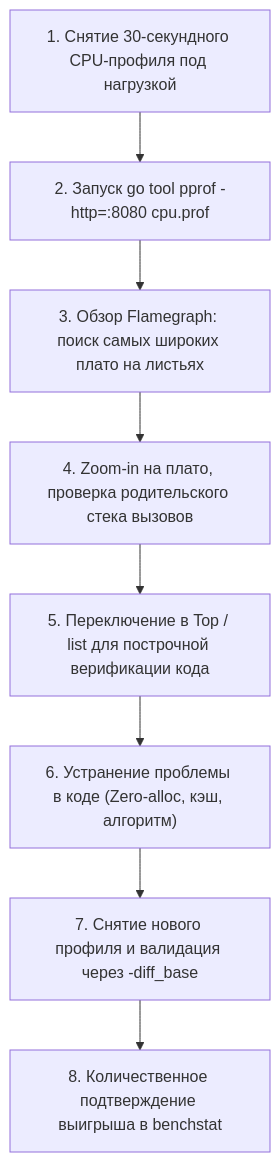
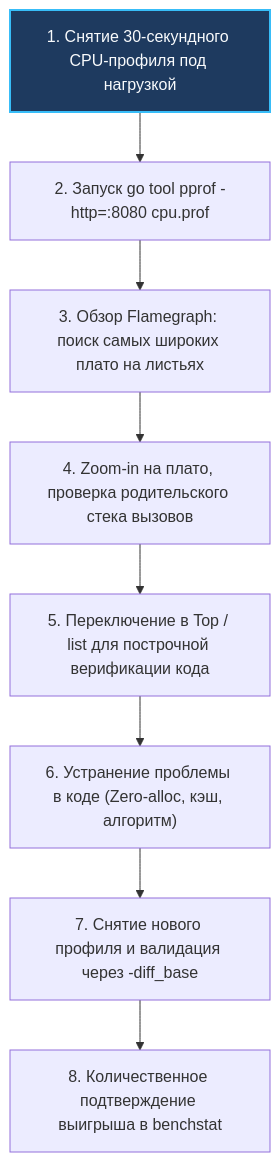
One commit to UnrealTemplier/go-textbook changed the sixth of 6 diagrams in sources/16. Профилирование, отладка и производительность/03. CPU profiling/3. Flamegraph.md. Above: the diagram before and after it, drawn with Mermaid. The commit also changed other lines of this file and 1666 other files, not shown here.

First line of the commit message:
feat(mermaid): add semantic color classDef to 1369 colorless flowchart/graph diagrams

````diff
--- a/sources/16. Профилирование, отладка и производительность/03. CPU profiling/3. Flamegraph.md
+++ b/sources/16. Профилирование, отладка и производительность/03. CPU profiling/3. Flamegraph.md
@@ -268,10 +318,20 @@
 ```mermaid
 flowchart TD
-    Step1["1. Снятие 30-секундного CPU-профиля под нагрузкой"] --> Step2["2. Запуск go tool pprof -http=:8080 cpu.prof"]
+    classDef process  fill:#1e293b,stroke:#38bdf8,stroke-width:1px,color:#f8fafc
+    classDef success  fill:#064e3b,stroke:#34d399,stroke-width:1px,color:#f8fafc
+    classDef error    fill:#7f1d1d,stroke:#f87171,stroke-width:1px,color:#f8fafc
+    classDef warning  fill:#78350f,stroke:#fbbf24,stroke-width:1px,color:#f8fafc
+    classDef entry    fill:#1e3a5f,stroke:#38bdf8,stroke-width:2px,color:#f8fafc
+    classDef aux      fill:#334155,stroke:#64748b,stroke-width:1px,color:#f8fafc
+    classDef system   fill:#312e81,stroke:#a78bfa,stroke-width:1px,color:#f8fafc
+    classDef data     fill:#132d29,stroke:#2dd4bf,stroke-width:1px,color:#f8fafc
+    classDef network  fill:#881337,stroke:#fb7185,stroke-width:1px,color:#f8fafc
+    classDef accent   fill:#1e1b4b,stroke:#818cf8,stroke-width:1px,color:#f8fafc
+    Step1["1. Снятие 30-секундного CPU-профиля под нагрузкой"]:::entry --> Step2["2. Запуск go tool pprof -http=:8080 cpu.prof"]
     Step2 --> Step3["3. Обзор Flamegraph: поиск самых широких плато на листьях"]
     Step3 --> Step4["4. Zoom-in на плато, проверка родительского стека вызовов"]
     Step4 --> Step5["5. Переключение в Top / list для построчной верификации кода"]
     Step5 --> Step6["6. Устранение проблемы в коде (Zero-alloc, кэш, алгоритм)"]
     Step6 --> Step7["7. Снятие нового профиля и валидация через -diff_base"]
     Step7 --> Step8["8. Количественное подтверждение выигрыша в benchstat"]
 ```
````
